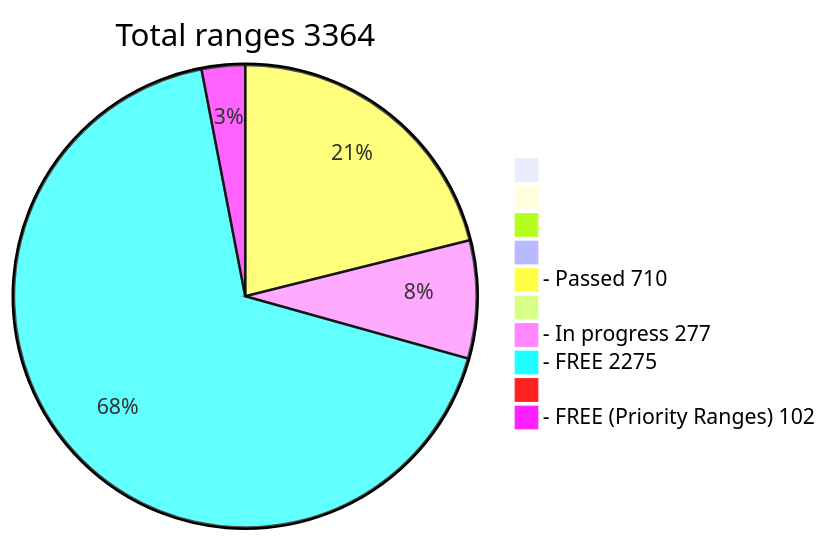
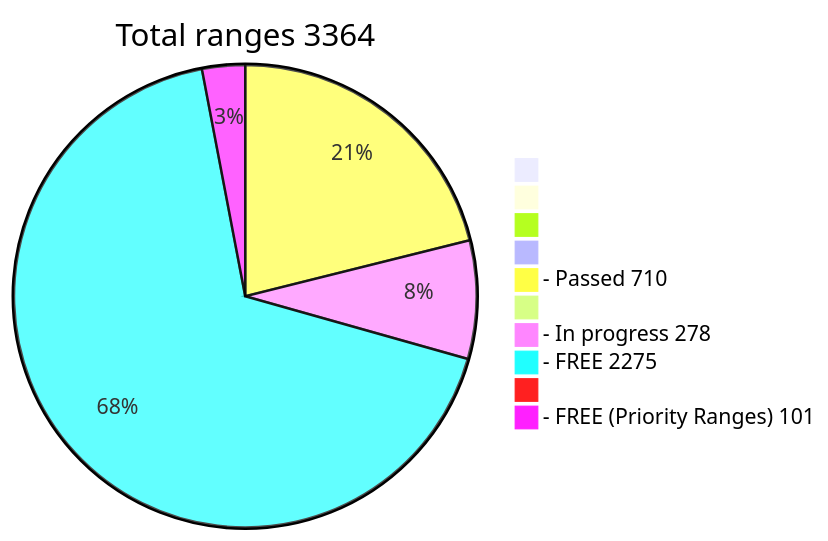
The diagram in README.md (phrutis/wif500), drawn with Mermaid before and after one commit.

````diff
--- a/README.md
+++ b/README.md
@@ -16,13 +16,13 @@
 ```mermaid
 pie title Total ranges 3364
              " " : 0
             "  " : 0
            "   " : 0
           "    " : 0
   "- Passed 710" : 710
          "     " : 0
-  "- In progress 277" : 277
+  "- In progress 278" : 278
    "- FREE 2275" : 2275
         "      " : 0
-  "- FREE (Priority Ranges) 102" : 102
+  "- FREE (Priority Ranges) 101" : 101
 ```
````
